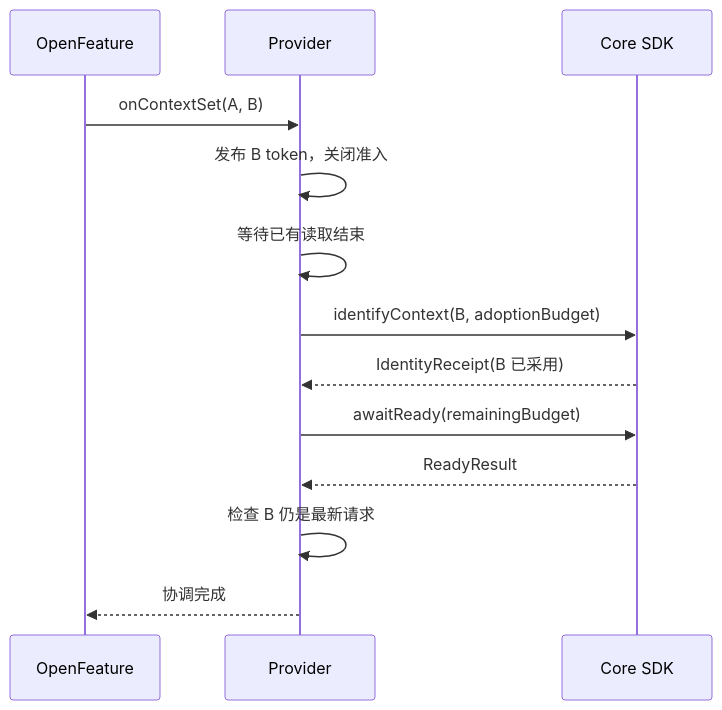
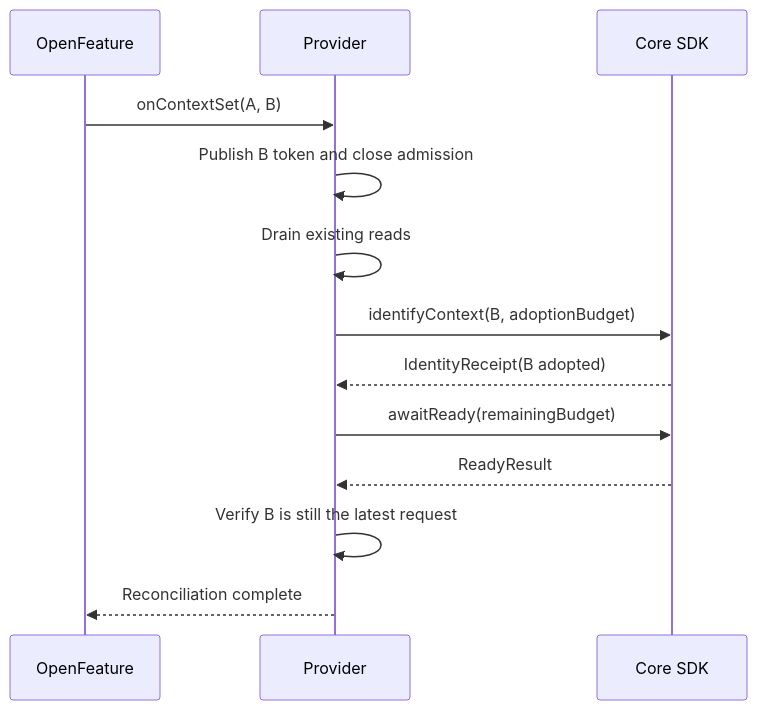
The third of 3 diagrams in docs/architecture.md (featbit/openfeature-provider-android-client), drawn with Mermaid before and after one commit. The commit also changed other lines of this file and 90 other files, not shown here.

````diff
--- a/docs/architecture.md
+++ b/docs/architecture.md
@@ -165,15 +165,15 @@
 ```mermaid
 sequenceDiagram
     participant OF as OpenFeature
     participant P as Provider
     participant C as Core SDK
     OF->>P: onContextSet(A, B)
-    P->>P: 发布 B token，关闭准入
-    P->>P: 等待已有读取结束
+    P->>P: Publish B token and close admission
+    P->>P: Drain existing reads
     P->>C: identifyContext(B, adoptionBudget)
-    C-->>P: IdentityReceipt(B 已采用)
+    C-->>P: IdentityReceipt(B adopted)
     P->>C: awaitReady(remainingBudget)
     C-->>P: ReadyResult
-    P->>P: 检查 B 仍是最新请求
-    P-->>OF: 协调完成
+    P->>P: Verify B is still the latest request
+    P-->>OF: Reconciliation complete
 ```
````
